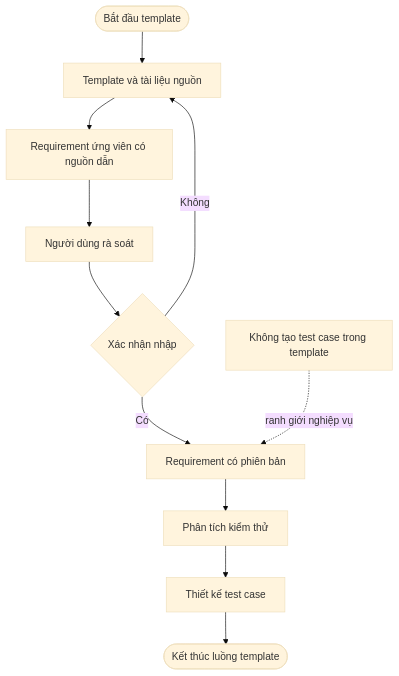
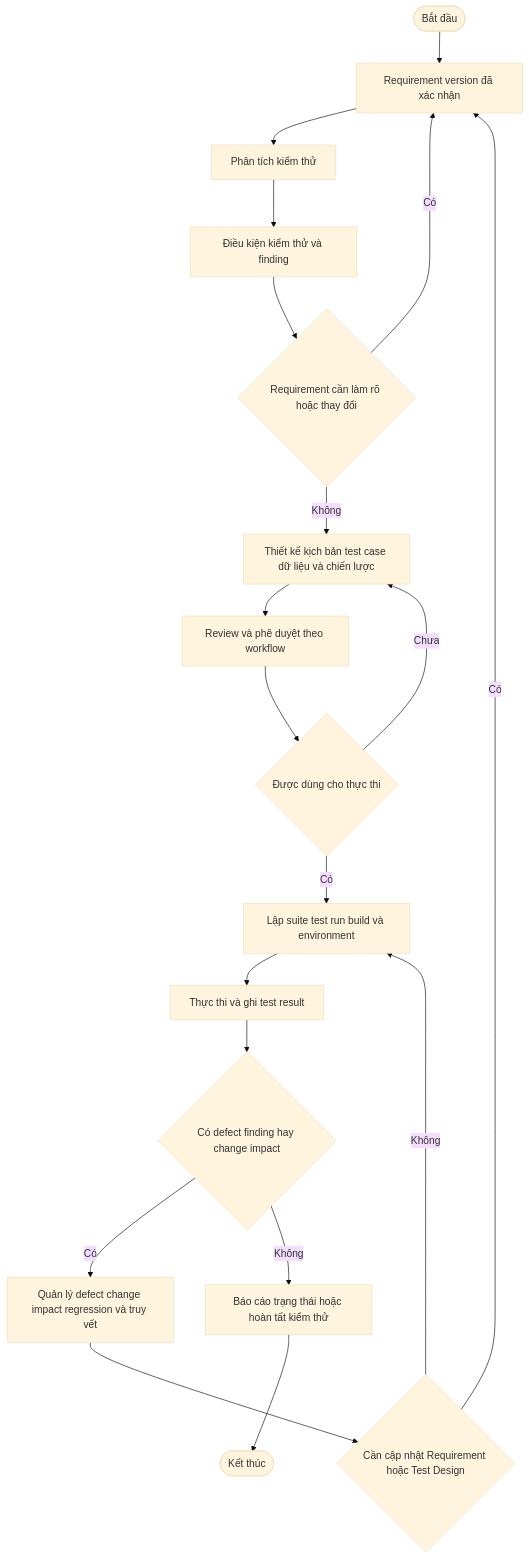
One commit to MinTruqday/Veriq changed the seventh of 10 diagrams in docs/kien-truc/FRAMEWORK_VERIQ.md. Above: the diagram before and after it, drawn with Mermaid (base theme). The commit also changed other lines of this file and 16 other files, not shown here.

````diff
--- a/docs/kien-truc/FRAMEWORK_VERIQ.md
+++ b/docs/kien-truc/FRAMEWORK_VERIQ.md
@@ -154,14 +271,21 @@
 ```mermaid
 flowchart TD
-    S([Bắt đầu template]) --> A[Template và tài liệu nguồn]
-    A --> B[Requirement ứng viên có nguồn dẫn]
-    B --> C[Người dùng rà soát]
-    C --> D{Xác nhận nhập}
-    D -->|Không| A
-    D -->|Có| E[Requirement có phiên bản]
-    E --> F[Phân tích kiểm thử]
-    F --> G[Thiết kế test case]
-    G --> E1([Kết thúc luồng template])
-
-    X[Không tạo test case trong template] -. ranh giới nghiệp vụ .-> E
+    S([Bắt đầu]) --> A[Requirement version đã xác nhận]
+    A --> B[Phân tích kiểm thử]
+    B --> C[Điều kiện kiểm thử và finding]
+    C --> D{Requirement cần làm rõ hoặc thay đổi}
+    D -->|Có| A
+    D -->|Không| E[Thiết kế kịch bản test case dữ liệu và chiến lược]
+    E --> F[Review và phê duyệt theo workflow]
+    F --> G{Được dùng cho thực thi}
+    G -->|Chưa| E
+    G -->|Có| H[Lập suite test run build và environment]
+    H --> I[Thực thi và ghi test result]
+    I --> J{Có defect finding hay change impact}
+    J -->|Có| K[Quản lý defect change impact regression và truy vết]
+    K --> L{Cần cập nhật Requirement hoặc Test Design}
+    L -->|Có| A
+    L -->|Không| H
+    J -->|Không| M[Báo cáo trạng thái hoặc hoàn tất kiểm thử]
+    M --> X([Kết thúc])
 ```
````
